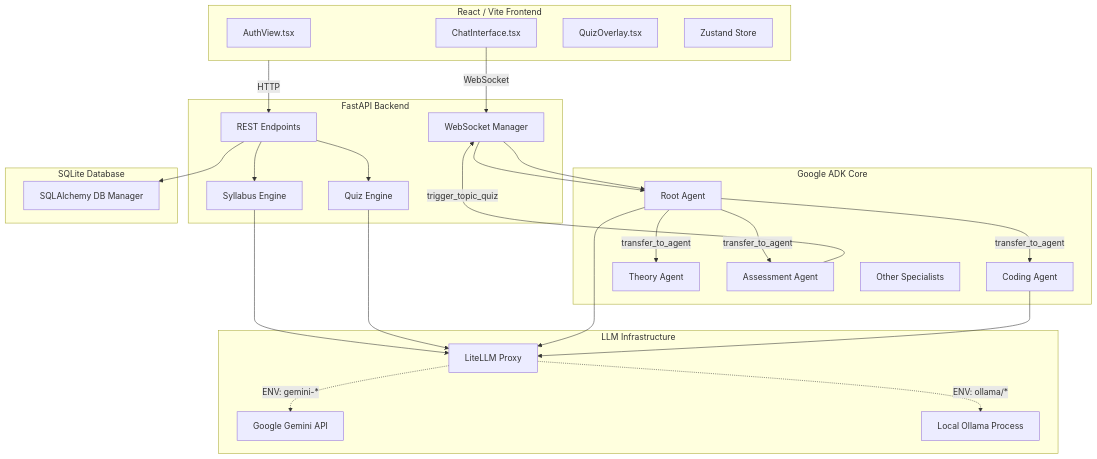
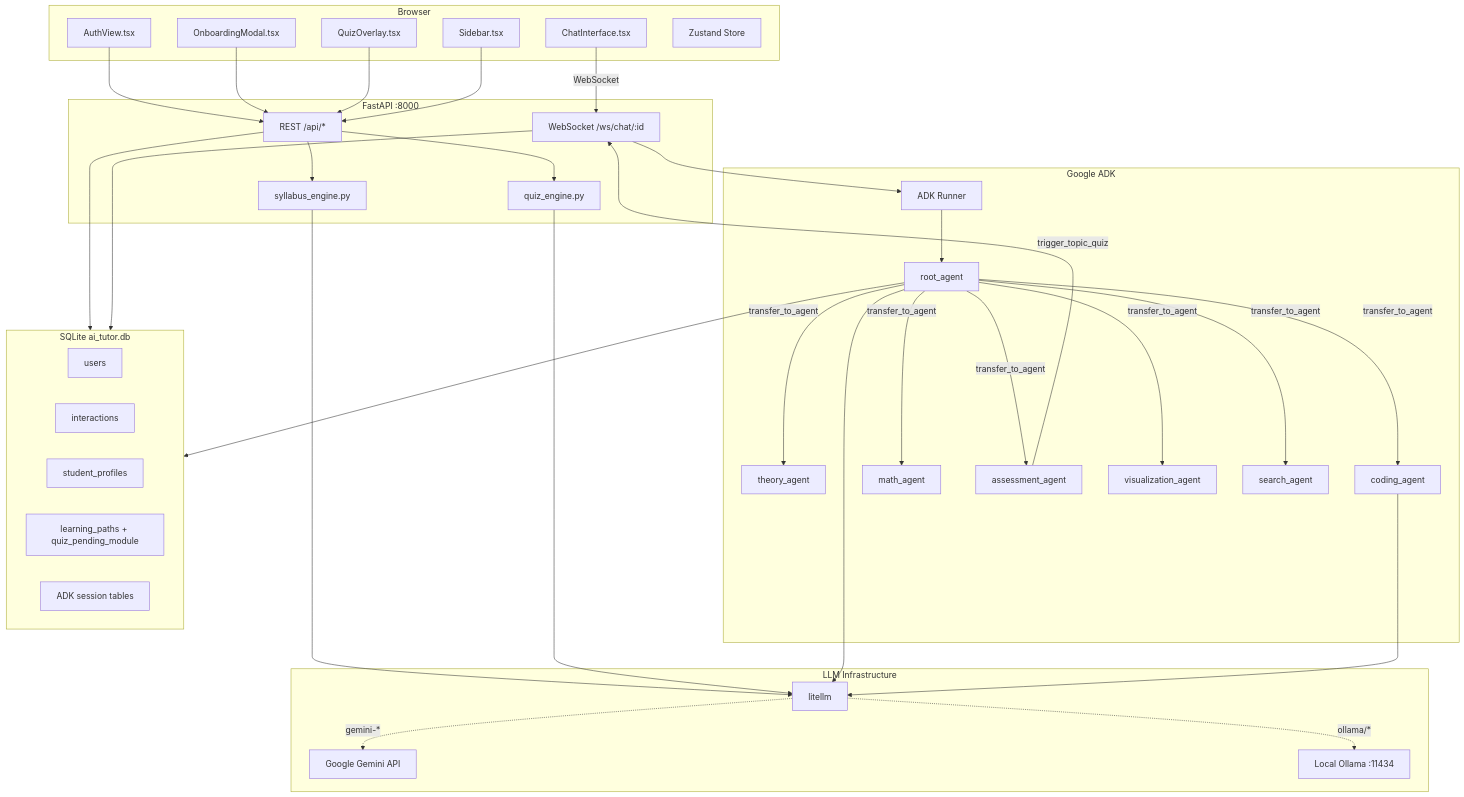
The first of 4 diagrams in ARCHITECTURE.md (iayanbhunia/AI-Tutor---Multi-Agent-Learning-Platform), drawn with Mermaid before and after one commit. The commit also changed other lines of this file and 24 other files, not shown here.

Commit message:
refactor: harden Assessment Agent instructions, update project documentation, and add comprehensive project reports.

````diff
--- a/ARCHITECTURE.md
+++ b/ARCHITECTURE.md
@@ -27,62 +142,64 @@
 ```mermaid
 graph TD
-    %% Frontend
-    subgraph Frontend [React / Vite Frontend]
-        UI_Auth[AuthView.tsx]
-        UI_Chat[ChatInterface.tsx]
-        UI_Quiz[QuizOverlay.tsx]
+    subgraph Browser
+        Auth[AuthView.tsx]
+        Onboard[OnboardingModal.tsx]
+        Chat[ChatInterface.tsx]
+        Quiz[QuizOverlay.tsx]
+        Side[Sidebar.tsx]
         Store[Zustand Store]
     end
 
-    %% Backend
-    subgraph Backend [FastAPI Backend]
-        API_REST[REST Endpoints]
-        API_WS[WebSocket Manager]
-        SyllabusEng[Syllabus Engine]
-        QuizEng[Quiz Engine]
+    subgraph FastAPI_Backend [FastAPI :8000]
+        REST[REST /api/*]
+        WS[WebSocket /ws/chat/:id]
+        SE[syllabus_engine.py]
+        QE[quiz_engine.py]
     end
 
-    %% Agent Core
-    subgraph Agents [Google ADK Core]
-        Root[Root Agent]
-        Coding[Coding Agent]
-        Theory[Theory Agent]
-        Assess[Assessment Agent]
-        OtherAgents[Other Specialists]
+    subgraph ADK_Core [Google ADK]
+        Runner[ADK Runner]
+        Root[root_agent]
+        Theory[theory_agent]
+        Coding[coding_agent]
+        Math[math_agent]
+        Assess[assessment_agent]
+        Viz[visualization_agent]
+        Search[search_agent]
     end
 
-    %% DB
-    subgraph DB [SQLite Database]
-        SQL[SQLAlchemy DB Manager]
+    subgraph DB [SQLite ai_tutor.db]
+        T_users[users]
+        T_interactions[interactions]
+        T_profiles[student_profiles]
+        T_paths[learning_paths + quiz_pending_module]
+        T_adk[ADK session tables]
     end
 
-    %% LLM
-    subgraph LLM_Layer [LLM Infrastructure]
-        LiteLLM[LiteLLM Proxy]
+    subgraph LLM [LLM Infrastructure]
+        LiteLLM[litellm]
         Gemini[Google Gemini API]
-        Ollama[Local Ollama Process]
+        Ollama[Local Ollama :11434]
     end
 
-    %% Connections
-    Frontend -- HTTP --> API_REST
-    UI_Chat -- WebSocket --> API_WS
-    
-    API_REST --> SyllabusEng
-    API_REST --> QuizEng
-    API_REST --> SQL
-    
-    API_WS --> Root
-    API_WS --> Root
-    Root -- transfer_to_agent --> Coding
-    Root -- transfer_to_agent --> Theory
-    Root -- transfer_to_agent --> Assess
-    Assess -- trigger_topic_quiz --> API_WS
-    
-    SyllabusEng --> LiteLLM
-    QuizEng --> LiteLLM
-    Root --> LiteLLM
-    Coding --> LiteLLM
-    
-    LiteLLM -. ENV: gemini-* .-> Gemini
-    LiteLLM -. ENV: ollama/* .-> Ollama
+    Auth --> REST
+    Onboard --> REST
+    Chat -- WebSocket --> WS
+    Quiz --> REST
+    Side --> REST
+
+    REST --> SE
+    REST --> QE
+    REST --> DB
+
+    WS --> Runner --> Root
+    Root -- transfer_to_agent --> Theory & Coding & Math & Assess & Viz & Search
+    Assess -- trigger_topic_quiz --> WS
+
+    SE & QE & Root & Coding --> LiteLLM
+    LiteLLM -. gemini-* .-> Gemini
+    LiteLLM -. ollama/* .-> Ollama
+
+    WS --> DB
+    Root --> DB
 ```
````
